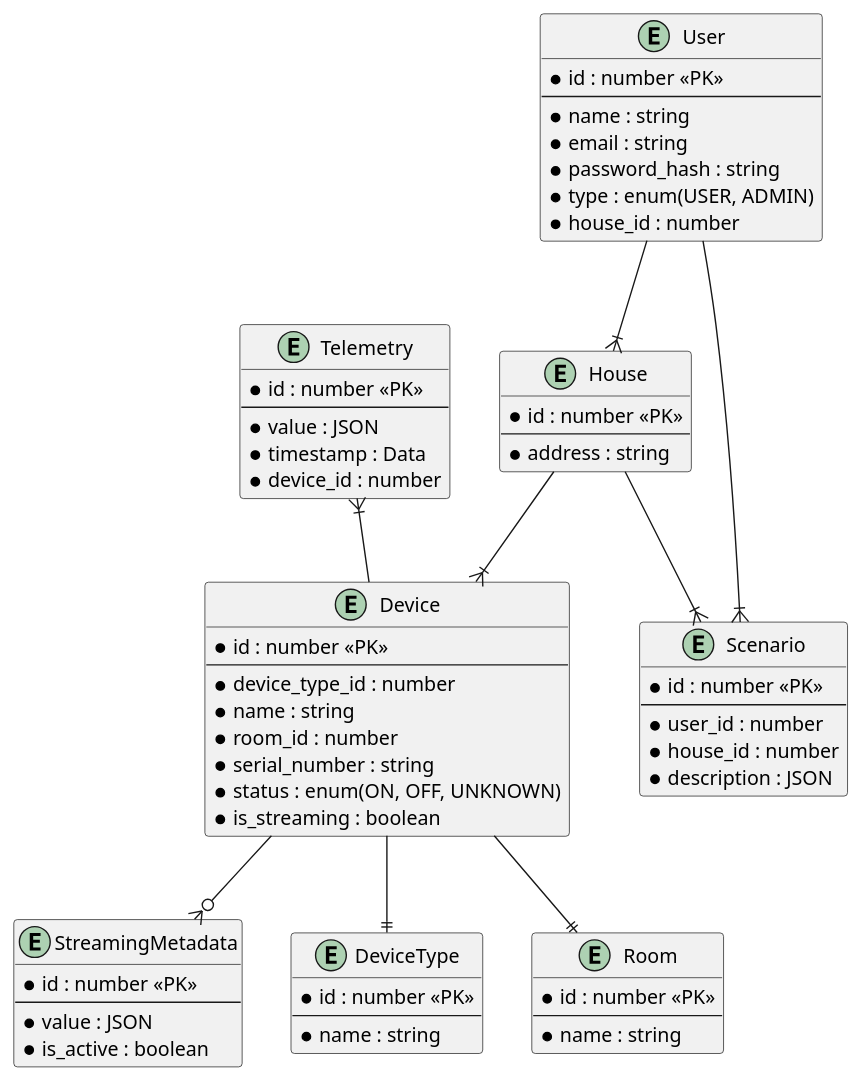
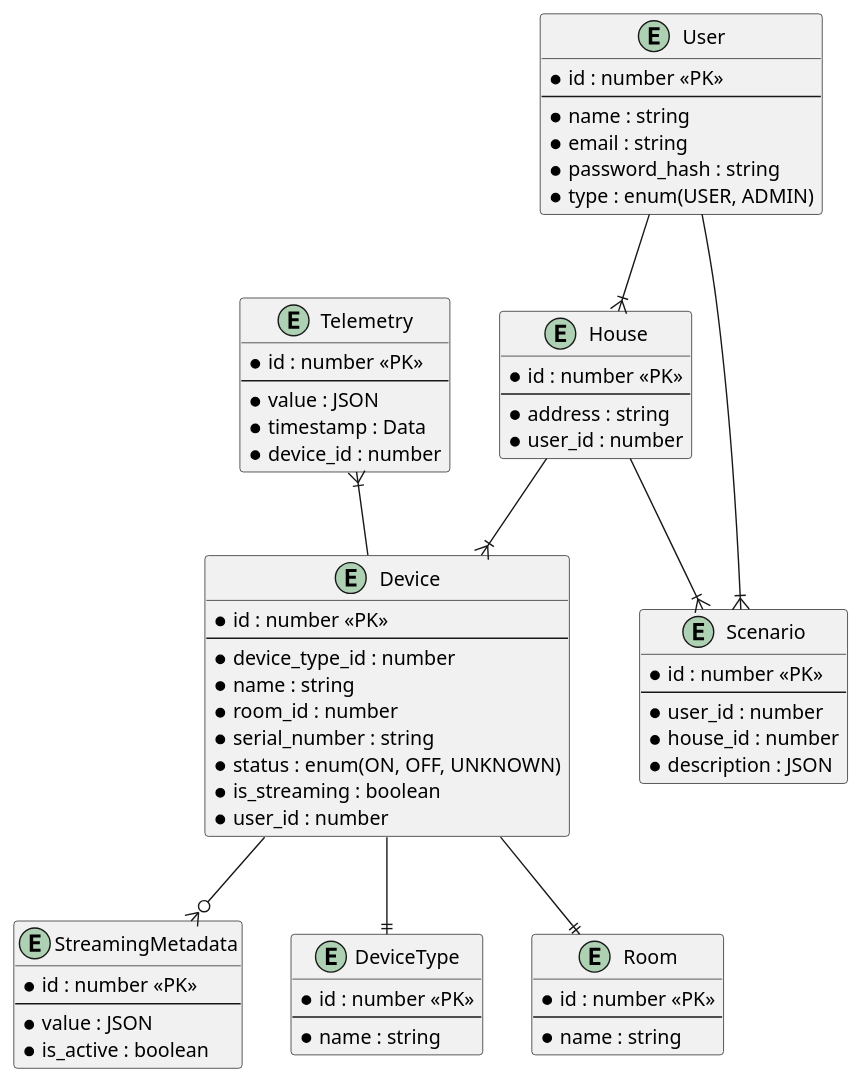
Before and after one commit to kullspiser/architecture-warmhouse: the diagram in docs/task_3/er_diagram.puml, drawn with PlantUML. The commit also changed 8 other files, not shown here.

```diff
--- a/docs/task_3/er_diagram.puml
+++ b/docs/task_3/er_diagram.puml
@@ -1,74 +1,75 @@
 @startuml
 
 entity User {
   * id : number <<PK>>
   --
   * name : string
   * email : string
   * password_hash : string
   * type : enum(USER, ADMIN)
-  * house_id : number
 }
 
 entity House {
     * id : number <<PK>>
     --
     * address : string
+    * user_id : number
 }
 
 entity Device {
     * id : number <<PK>>
     --
     * device_type_id : number
     * name : string
     * room_id : number
     * serial_number : string
     * status : enum(ON, OFF, UNKNOWN)
     * is_streaming : boolean
+    * user_id : number
 }
 
 entity StreamingMetadata {
     * id : number <<PK>>
     --
     * value : JSON
     * is_active : boolean
 }
 
 entity DeviceType {
     * id : number <<PK>>
     --
     * name : string
 }
 
 entity Room {
     * id : number <<PK>>
     --
     * name : string
 }
 
 entity Telemetry {
     * id : number <<PK>>
     --
     * value : JSON
     * timestamp : Data
     * device_id : number
 }
 
 entity Scenario {
     * id : number <<PK>>
     --
     * user_id : number
     * house_id : number
     * description : JSON
 }
 
 User --|{  House
 User --|{ Scenario
 House --|{ Device
 House --|{ Scenario
 Device --|| DeviceType
 Device --|| Room
 Device --o{ StreamingMetadata
 Telemetry }|-- Device
 
 @enduml
```
